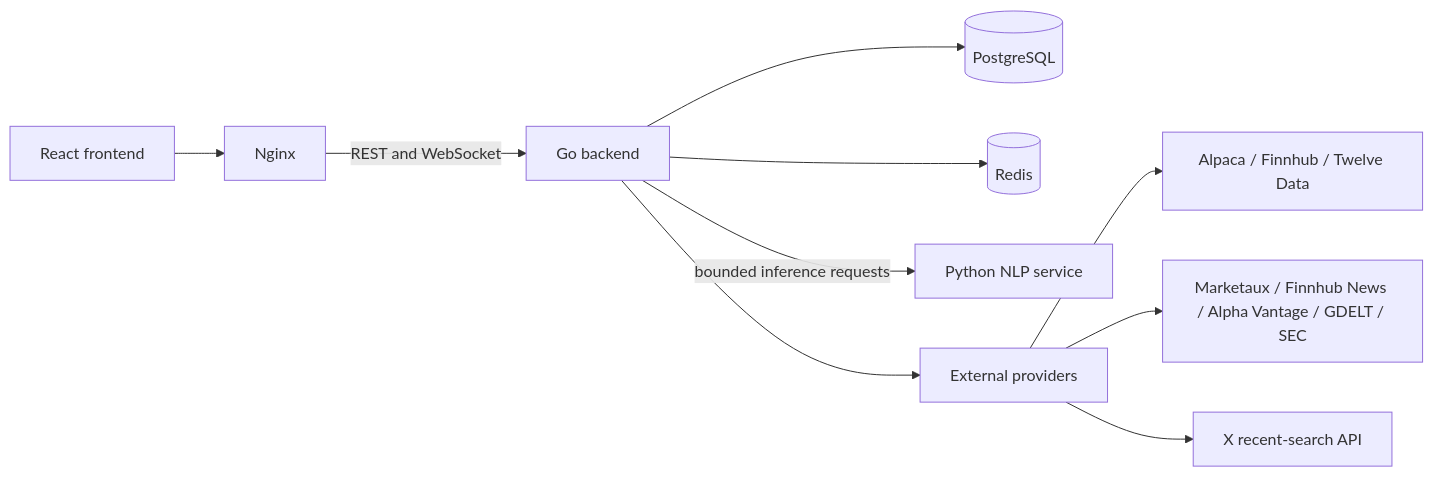
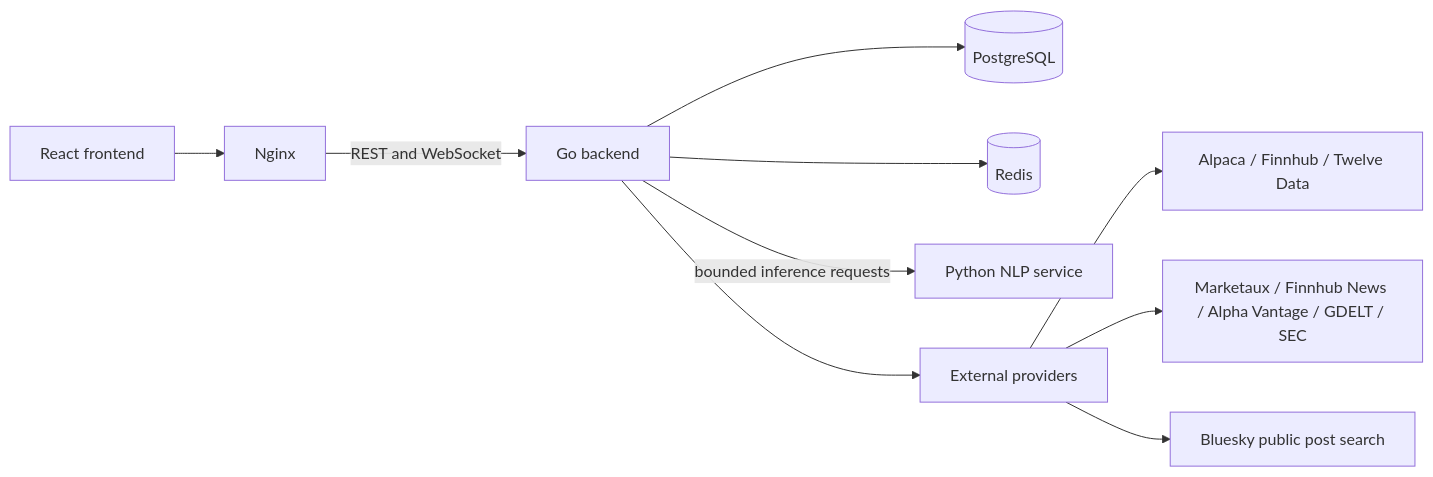
Before and after one commit to ShivanshDwivedi2005/Trading-Wens: the first of 2 diagrams in docs/architecture.md, drawn with Mermaid. The commit also changed 7 other files, not shown here.

Commit message:
document keyless bluesky search

````diff
--- a/docs/architecture.md
+++ b/docs/architecture.md
@@ -18,12 +18,12 @@
 ```mermaid
 flowchart LR
     Browser[React frontend] --> Nginx[Nginx]
     Nginx -->|REST and WebSocket| Go[Go backend]
     Go --> Postgres[(PostgreSQL)]
     Go --> Redis[(Redis)]
     Go -->|bounded inference requests| NLP[Python NLP service]
     Go --> Providers[External providers]
     Providers --> Market[Alpaca / Finnhub / Twelve Data]
     Providers --> News[Marketaux / Finnhub News / Alpha Vantage / GDELT / SEC]
-    Providers --> Social[X recent-search API]
+    Providers --> Social[Bluesky public post search]
 ```
````
